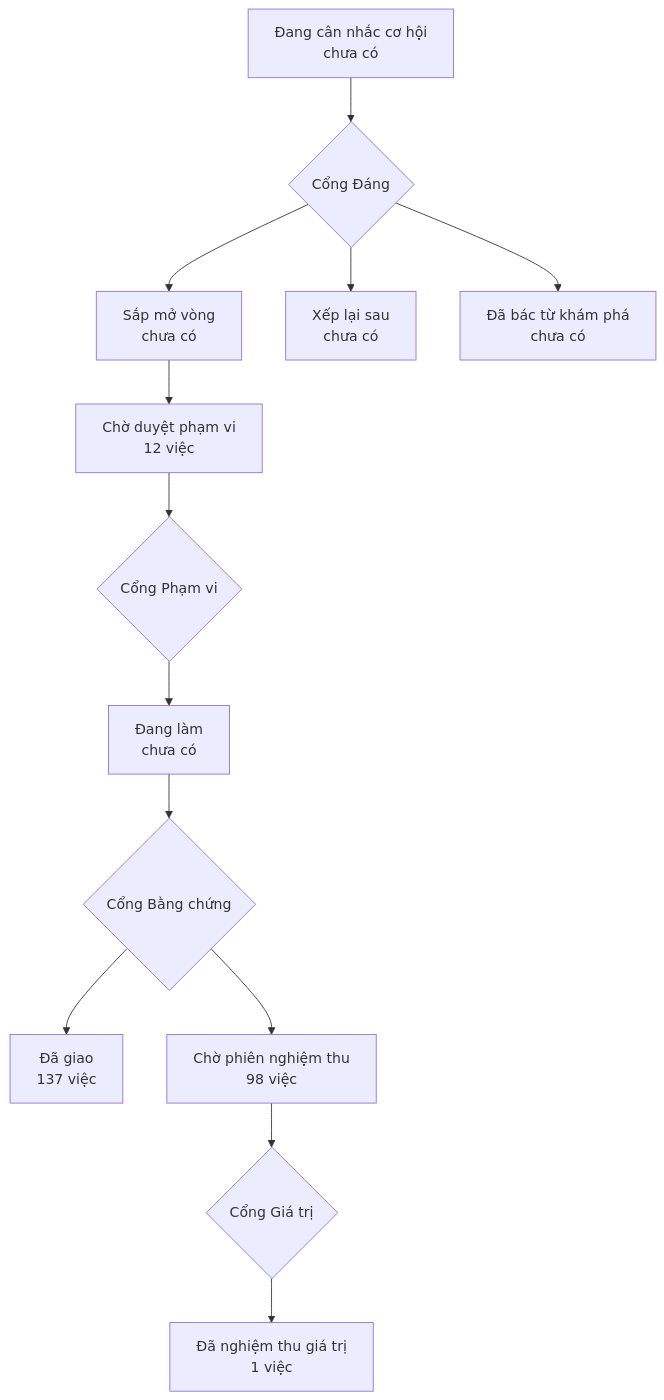
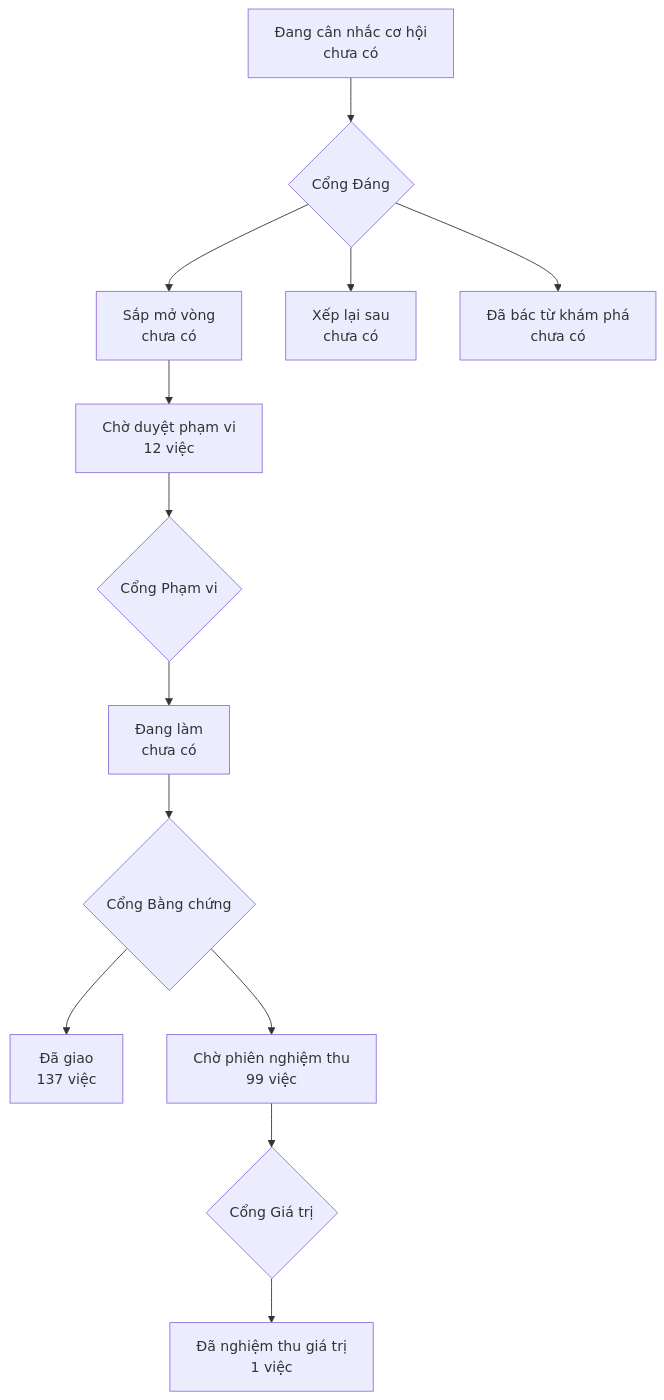
One commit to phanlemanh/onehub-invest changed the diagram in PRODUCT-MAP.md. Above: the diagram before and after it, drawn with Mermaid. The commit also changed other lines of this file and 1 other file, not shown here.

Commit message:
chore: vẽ lại bản đồ sau khi gộp main

````diff
--- a/PRODUCT-MAP.md
+++ b/PRODUCT-MAP.md
@@ -7,12 +7,12 @@
 ```mermaid
 flowchart TD
   A["Đang cân nhắc cơ hội<br/>chưa có"] --> GD{"Cổng Đáng"}
   GD --> B["Sắp mở vòng<br/>chưa có"]
   GD --> XL["Xếp lại sau<br/>chưa có"]
   GD --> DB["Đã bác từ khám phá<br/>chưa có"]
   B --> CD["Chờ duyệt phạm vi<br/>12 việc"] --> GP{"Cổng Phạm vi"}
   GP --> DL["Đang làm<br/>chưa có"] --> GB{"Cổng Bằng chứng"}
   GB --> DG["Đã giao<br/>137 việc"]
-  GB --> CN["Chờ phiên nghiệm thu<br/>98 việc"] --> GG{"Cổng Giá trị"}
+  GB --> CN["Chờ phiên nghiệm thu<br/>99 việc"] --> GG{"Cổng Giá trị"}
   GG --> NT["Đã nghiệm thu giá trị<br/>1 việc"]
 ```
````
